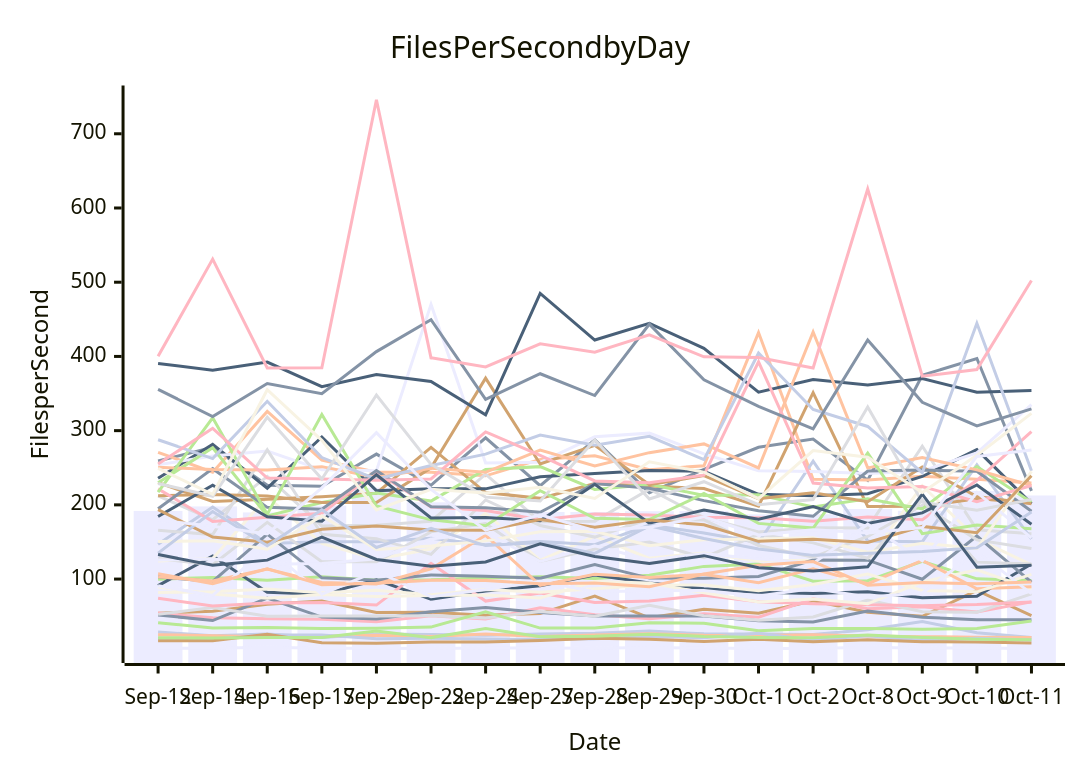
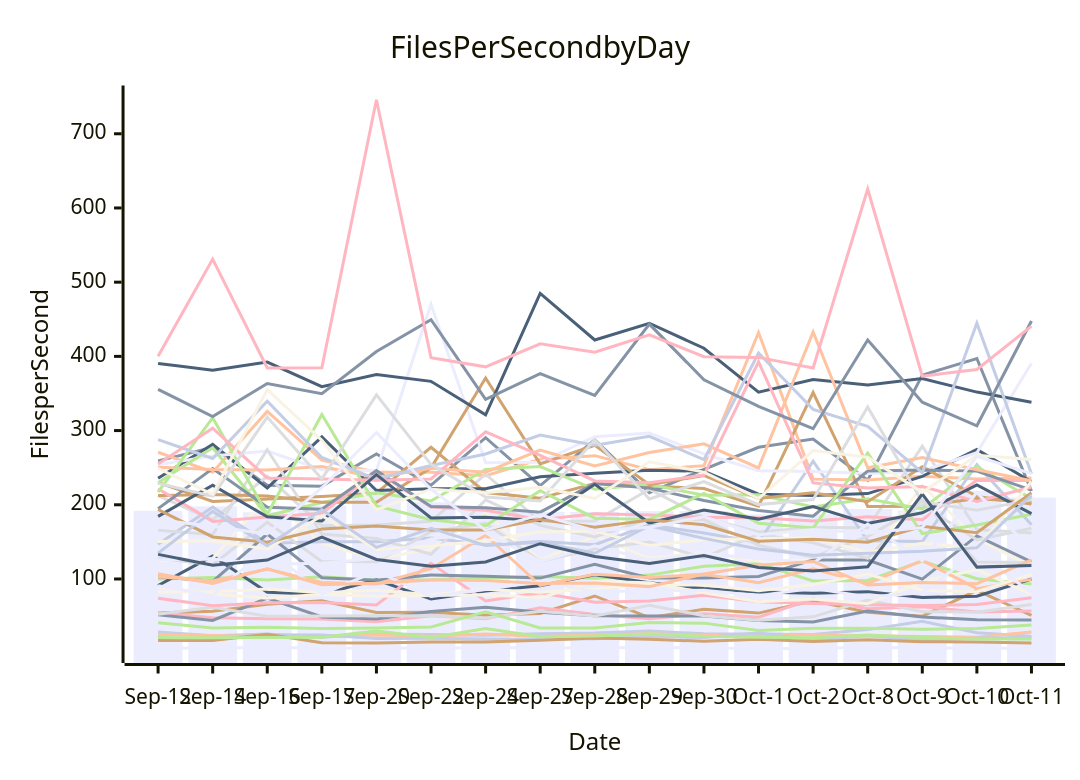
Before and after one commit to streetsidesoftware/cspell: the diagram in perf-report.md, drawn with Mermaid. The commit also changed other lines of this file and 2 other files, not shown here.

````diff
--- a/perf-report.md
+++ b/perf-report.md
@@ -11,57 +11,57 @@
 ```mermaid
 xychart-beta
     title Files Per Second by Day
     y-axis Files per Second
     x-axis Date [Sep-12, Sep-14, Sep-16, Sep-17, Sep-20, Sep-22, Sep-24, Sep-27, Sep-28, Sep-29, Sep-30, Oct-1, Oct-2, Oct-8, Oct-9, Oct-10, Oct-11]
-    bar [191.83, 197.87, 189.83, 198.93, 223.14, 203.41, 191.85, 190.34, 190.33, 191.42, 191.65, 187.17, 187.29, 194.39, 192.05, 218.83, 212.65]
-    line [259.14, 277.45, 226.45, 225.10, 268.40, 226.40, 290.41, 225.84, 287.60, 216.33, 247.70, 277.53, 288.63, 233.16, 374.71, 397.16, 218.82]
-    line [270.83, 243.92, 325.88, 260.22, 243.99, 243.96, 239.11, 261.23, 266.19, 247.38, 252.69, 432.16, 234.56, 233.40, 238.56, 234.64, 229.56]
-    line [212.19, 179.89, 238.35, 171.61, 172.61, 177.91, 241.32, 177.39, 178.05, 221.01, 182.74, 163.48, 169.32, 168.97, 278.92, 166.54, 161.08]
-    line [99.90, 101.98, 98.46, 103.01, 98.38, 99.03, 101.47, 103.27, 100.93, 105.22, 117.10, 120.39, 97.23, 97.90, 123.96, 100.36, 98.09]
-    line [54.08, 56.65, 66.08, 70.58, 54.86, 55.17, 51.26, 53.54, 77.09, 47.84, 59.17, 54.01, 70.63, 55.18, 49.90, 84.72, 50.66]
-    line [28.54, 23.63, 25.87, 21.39, 25.97, 25.29, 24.28, 26.03, 27.14, 29.89, 26.22, 25.83, 25.33, 31.76, 42.94, 27.61, 21.34]
-    line [54.31, 47.78, 46.42, 45.99, 42.51, 50.42, 46.36, 61.34, 51.99, 46.51, 53.11, 48.59, 73.40, 59.94, 62.62, 55.56, 69.31]
-    line [91.26, 130.94, 82.16, 79.40, 98.84, 72.96, 83.85, 90.86, 105.55, 94.80, 87.05, 82.35, 80.71, 82.95, 74.90, 76.80, 120.41]
-    line [124.19, 127.77, 210.87, 148.03, 126.65, 140.55, 188.49, 125.20, 157.87, 127.91, 135.21, 124.24, 125.20, 125.79, 225.70, 154.24, 119.18]
-    line [6.93, 6.69, 7.98, 6.67, 6.83, 6.48, 7.18, 7.27, 6.94, 7.83, 6.98, 6.40, 6.43, 8.18, 6.76, 7.44, 6.12]
-    line [51.70, 44.11, 74.38, 48.80, 46.22, 56.03, 61.86, 55.07, 50.38, 50.26, 50.11, 43.90, 42.10, 56.81, 48.66, 45.19, 45.26]
-    line [25.15, 23.74, 22.20, 23.03, 24.38, 22.79, 25.90, 22.55, 24.52, 26.32, 24.36, 24.04, 25.09, 23.35, 22.45, 21.51, 21.22]
-    line [52.43, 61.82, 49.92, 50.20, 50.36, 50.54, 47.43, 56.40, 49.96, 64.67, 50.46, 44.40, 48.96, 71.61, 56.00, 55.29, 80.14]
-    line [41.14, 33.93, 34.79, 33.36, 33.83, 35.26, 55.80, 33.99, 34.03, 41.23, 40.49, 30.44, 33.53, 33.57, 32.29, 33.27, 43.56]
-    line [230.07, 204.55, 207.72, 211.00, 215.66, 277.45, 216.60, 208.75, 228.82, 225.46, 221.92, 198.17, 351.24, 197.76, 198.13, 208.30, 202.88]
-    line [146.78, 197.07, 148.01, 150.26, 150.22, 155.16, 146.16, 150.57, 146.25, 172.87, 161.95, 149.25, 258.77, 151.43, 150.43, 254.02, 154.30]
-    line [74.08, 63.80, 67.85, 68.28, 64.95, 121.18, 70.33, 81.37, 68.55, 70.46, 78.07, 69.43, 66.84, 65.37, 64.09, 65.74, 69.24]
-    line [235.76, 281.57, 222.43, 291.44, 219.17, 221.75, 221.55, 237.73, 242.39, 246.40, 245.33, 214.25, 212.38, 215.08, 238.25, 274.47, 201.60]
-    line [89.26, 79.87, 74.03, 79.32, 76.57, 77.71, 78.68, 74.59, 96.62, 94.86, 81.46, 69.18, 73.06, 66.65, 96.25, 112.51, 86.86]
-    line [253.99, 265.83, 272.53, 247.23, 246.03, 470.19, 256.56, 257.27, 291.74, 296.65, 268.66, 245.94, 244.92, 242.23, 245.65, 270.12, 334.94]
-    line [103.06, 96.78, 160.57, 101.71, 98.32, 105.51, 103.82, 101.18, 119.72, 101.30, 101.24, 103.40, 125.70, 125.48, 99.76, 158.05, 95.77]
-    line [102.97, 97.36, 113.44, 95.42, 93.37, 113.84, 158.94, 91.50, 106.48, 102.03, 106.46, 94.98, 113.77, 93.63, 125.18, 87.00, 89.73]
-    line [165.68, 159.91, 274.11, 160.48, 154.49, 133.29, 206.55, 172.23, 156.59, 180.95, 179.76, 145.22, 129.53, 157.39, 199.58, 152.82, 141.23]
-    line [229.76, 276.88, 185.15, 203.08, 216.06, 205.09, 247.61, 251.50, 220.80, 227.59, 212.73, 213.55, 197.04, 208.25, 194.51, 251.63, 203.66]
-    line [212.41, 213.84, 211.89, 203.30, 203.26, 249.81, 370.77, 255.08, 280.21, 227.10, 239.56, 208.40, 216.14, 204.22, 251.15, 211.26, 201.52]
-    line [19.65, 18.79, 24.79, 24.63, 19.73, 20.13, 19.16, 18.74, 19.48, 22.38, 21.10, 27.10, 18.00, 23.58, 17.31, 20.37, 17.95]
-    line [221.56, 177.63, 183.43, 188.58, 244.43, 196.97, 192.51, 179.82, 187.80, 186.23, 183.20, 182.62, 177.99, 183.70, 179.89, 233.14, 298.75]
-    line [390.41, 381.43, 392.33, 359.21, 375.60, 366.33, 321.23, 484.87, 422.08, 444.64, 410.96, 351.78, 368.84, 361.47, 370.09, 351.86, 353.94]
-    line [82.03, 82.90, 86.51, 81.41, 84.89, 78.73, 86.02, 82.17, 86.87, 92.07, 92.00, 84.24, 92.67, 106.68, 84.76, 82.82, 106.40]
-    line [90.96, 77.91, 142.49, 79.52, 110.64, 76.31, 85.79, 97.01, 82.92, 84.16, 84.72, 77.34, 87.34, 75.86, 81.29, 136.91, 80.37]
-    line [194.84, 248.77, 196.63, 194.10, 246.18, 197.54, 195.96, 190.07, 228.82, 222.46, 205.73, 192.21, 184.58, 245.51, 246.82, 245.36, 191.40]
-    line [250.64, 247.49, 246.97, 251.50, 236.84, 249.23, 243.91, 273.74, 252.33, 270.33, 282.14, 249.68, 432.83, 249.77, 263.65, 247.10, 226.08]
-    line [127.69, 119.42, 176.53, 123.45, 123.33, 163.66, 174.86, 123.76, 140.60, 149.87, 128.75, 160.37, 148.80, 127.97, 206.50, 122.84, 120.19]
-    line [217.04, 317.36, 187.32, 321.78, 198.42, 179.83, 171.82, 219.08, 181.95, 180.26, 215.27, 175.03, 168.70, 269.72, 161.18, 172.81, 167.89]
-    line [17.01, 17.04, 25.59, 14.10, 13.68, 15.06, 15.07, 17.30, 20.40, 18.84, 16.01, 18.80, 15.62, 18.14, 15.49, 15.23, 13.94]
-    line [287.76, 262.40, 339.51, 263.75, 234.66, 253.01, 268.39, 293.97, 280.40, 292.26, 260.88, 404.51, 328.53, 305.64, 243.36, 444.70, 246.04]
-    line [255.09, 303.17, 236.15, 234.71, 233.17, 234.84, 298.34, 266.72, 232.18, 229.70, 240.06, 392.72, 229.48, 222.78, 224.66, 204.36, 226.04]
-    line [184.39, 226.41, 183.84, 178.08, 240.62, 182.34, 183.11, 178.48, 227.71, 175.37, 193.07, 180.70, 197.68, 174.97, 189.16, 226.87, 173.89]
-    line [150.67, 151.50, 140.12, 185.15, 139.87, 144.59, 151.47, 163.76, 164.48, 145.07, 153.00, 154.07, 155.61, 136.07, 148.26, 141.19, 245.22]
-    line [125.66, 126.89, 119.89, 121.04, 127.46, 154.00, 162.49, 123.69, 144.71, 125.72, 134.25, 127.46, 121.17, 173.95, 124.58, 216.72, 155.57]
-    line [355.63, 318.90, 363.44, 349.72, 406.48, 449.44, 342.12, 376.67, 347.31, 443.48, 368.45, 332.70, 302.48, 422.03, 338.21, 306.48, 329.35]
-    line [107.06, 93.89, 113.70, 92.25, 94.28, 98.57, 98.01, 93.82, 94.62, 89.71, 106.79, 118.50, 123.61, 91.76, 95.32, 93.61, 96.22]
-    line [228.82, 211.67, 318.15, 234.86, 348.02, 254.54, 210.42, 205.10, 287.53, 207.85, 231.21, 200.22, 207.10, 331.74, 203.63, 192.81, 207.12]
-    line [21.07, 20.76, 21.20, 21.42, 29.89, 21.10, 33.29, 22.21, 22.99, 25.81, 22.79, 21.40, 20.78, 24.57, 21.27, 19.07, 18.08]
-    line [193.68, 156.67, 149.67, 167.24, 171.44, 166.11, 165.94, 180.17, 169.69, 179.61, 173.13, 150.88, 153.50, 149.45, 170.98, 162.38, 239.19]
-    line [134.89, 191.12, 144.91, 193.30, 142.56, 168.42, 145.10, 149.37, 134.63, 171.73, 154.69, 140.49, 131.94, 134.65, 137.28, 142.04, 190.24]
-    line [400.11, 531.12, 384.37, 384.60, 745.85, 398.12, 385.90, 416.89, 405.74, 428.96, 399.50, 398.65, 384.43, 625.58, 373.38, 382.28, 502.40]
-    line [133.12, 118.61, 125.51, 156.41, 126.36, 117.29, 122.97, 147.55, 130.31, 120.84, 131.56, 115.38, 110.82, 116.53, 214.42, 116.00, 118.57]
-    line [249.06, 214.17, 355.08, 286.90, 193.09, 220.97, 216.09, 223.67, 208.59, 258.02, 244.00, 208.42, 273.15, 264.14, 216.71, 266.75, 323.26]
-    line [179.54, 171.09, 160.76, 222.99, 297.37, 220.86, 165.88, 186.63, 165.05, 169.83, 183.91, 159.55, 166.58, 162.12, 169.35, 265.31, 273.99]
+    bar [191.83, 197.87, 189.83, 198.93, 223.14, 203.41, 191.85, 190.34, 190.33, 191.42, 191.65, 187.17, 187.29, 194.39, 192.05, 218.83, 209.71]
+    line [259.14, 277.45, 226.45, 225.10, 268.40, 226.40, 290.41, 225.84, 287.60, 216.33, 247.70, 277.53, 288.63, 233.16, 374.71, 397.16, 218.50]
+    line [270.83, 243.92, 325.88, 260.22, 243.99, 243.96, 239.11, 261.23, 266.19, 247.38, 252.69, 432.16, 234.56, 233.40, 238.56, 234.64, 236.19]
+    line [212.19, 179.89, 238.35, 171.61, 172.61, 177.91, 241.32, 177.39, 178.05, 221.01, 182.74, 163.48, 169.32, 168.97, 278.92, 166.54, 161.98]
+    line [99.90, 101.98, 98.46, 103.01, 98.38, 99.03, 101.47, 103.27, 100.93, 105.22, 117.10, 120.39, 97.23, 97.90, 123.96, 100.36, 93.28]
+    line [54.08, 56.65, 66.08, 70.58, 54.86, 55.17, 51.26, 53.54, 77.09, 47.84, 59.17, 54.01, 70.63, 55.18, 49.90, 84.72, 51.00]
+    line [28.54, 23.63, 25.87, 21.39, 25.97, 25.29, 24.28, 26.03, 27.14, 29.89, 26.22, 25.83, 25.33, 31.76, 42.94, 27.61, 22.77]
+    line [54.31, 47.78, 46.42, 45.99, 42.51, 50.42, 46.36, 61.34, 51.99, 46.51, 53.11, 48.59, 73.40, 59.94, 62.62, 55.56, 56.97]
+    line [91.26, 130.94, 82.16, 79.40, 98.84, 72.96, 83.85, 90.86, 105.55, 94.80, 87.05, 82.35, 80.71, 82.95, 74.90, 76.80, 99.98]
+    line [124.19, 127.77, 210.87, 148.03, 126.65, 140.55, 188.49, 125.20, 157.87, 127.91, 135.21, 124.24, 125.20, 125.79, 225.70, 154.24, 116.86]
+    line [6.93, 6.69, 7.98, 6.67, 6.83, 6.48, 7.18, 7.27, 6.94, 7.83, 6.98, 6.40, 6.43, 8.18, 6.76, 7.44, 5.97]
+    line [51.70, 44.11, 74.38, 48.80, 46.22, 56.03, 61.86, 55.07, 50.38, 50.26, 50.11, 43.90, 42.10, 56.81, 48.66, 45.19, 44.75]
+    line [25.15, 23.74, 22.20, 23.03, 24.38, 22.79, 25.90, 22.55, 24.52, 26.32, 24.36, 24.04, 25.09, 23.35, 22.45, 21.51, 28.49]
+    line [52.43, 61.82, 49.92, 50.20, 50.36, 50.54, 47.43, 56.40, 49.96, 64.67, 50.46, 44.40, 48.96, 71.61, 56.00, 55.29, 65.67]
+    line [41.14, 33.93, 34.79, 33.36, 33.83, 35.26, 55.80, 33.99, 34.03, 41.23, 40.49, 30.44, 33.53, 33.57, 32.29, 33.27, 37.92]
+    line [230.07, 204.55, 207.72, 211.00, 215.66, 277.45, 216.60, 208.75, 228.82, 225.46, 221.92, 198.17, 351.24, 197.76, 198.13, 208.30, 202.97]
+    line [146.78, 197.07, 148.01, 150.26, 150.22, 155.16, 146.16, 150.57, 146.25, 172.87, 161.95, 149.25, 258.77, 151.43, 150.43, 254.02, 173.14]
+    line [74.08, 63.80, 67.85, 68.28, 64.95, 121.18, 70.33, 81.37, 68.55, 70.46, 78.07, 69.43, 66.84, 65.37, 64.09, 65.74, 74.59]
+    line [235.76, 281.57, 222.43, 291.44, 219.17, 221.75, 221.55, 237.73, 242.39, 246.40, 245.33, 214.25, 212.38, 215.08, 238.25, 274.47, 231.09]
+    line [89.26, 79.87, 74.03, 79.32, 76.57, 77.71, 78.68, 74.59, 96.62, 94.86, 81.46, 69.18, 73.06, 66.65, 96.25, 112.51, 79.27]
+    line [253.99, 265.83, 272.53, 247.23, 246.03, 470.19, 256.56, 257.27, 291.74, 296.65, 268.66, 245.94, 244.92, 242.23, 245.65, 270.12, 390.73]
+    line [103.06, 96.78, 160.57, 101.71, 98.32, 105.51, 103.82, 101.18, 119.72, 101.30, 101.24, 103.40, 125.70, 125.48, 99.76, 158.05, 123.12]
+    line [102.97, 97.36, 113.44, 95.42, 93.37, 113.84, 158.94, 91.50, 106.48, 102.03, 106.46, 94.98, 113.77, 93.63, 125.18, 87.00, 99.48]
+    line [165.68, 159.91, 274.11, 160.48, 154.49, 133.29, 206.55, 172.23, 156.59, 180.95, 179.76, 145.22, 129.53, 157.39, 199.58, 152.82, 168.47]
+    line [229.76, 276.88, 185.15, 203.08, 216.06, 205.09, 247.61, 251.50, 220.80, 227.59, 212.73, 213.55, 197.04, 208.25, 194.51, 251.63, 208.07]
+    line [212.41, 213.84, 211.89, 203.30, 203.26, 249.81, 370.77, 255.08, 280.21, 227.10, 239.56, 208.40, 216.14, 204.22, 251.15, 211.26, 201.19]
+    line [19.65, 18.79, 24.79, 24.63, 19.73, 20.13, 19.16, 18.74, 19.48, 22.38, 21.10, 27.10, 18.00, 23.58, 17.31, 20.37, 21.30]
+    line [221.56, 177.63, 183.43, 188.58, 244.43, 196.97, 192.51, 179.82, 187.80, 186.23, 183.20, 182.62, 177.99, 183.70, 179.89, 233.14, 232.63]
+    line [390.41, 381.43, 392.33, 359.21, 375.60, 366.33, 321.23, 484.87, 422.08, 444.64, 410.96, 351.78, 368.84, 361.47, 370.09, 351.86, 338.20]
+    line [82.03, 82.90, 86.51, 81.41, 84.89, 78.73, 86.02, 82.17, 86.87, 92.07, 92.00, 84.24, 92.67, 106.68, 84.76, 82.82, 106.35]
+    line [90.96, 77.91, 142.49, 79.52, 110.64, 76.31, 85.79, 97.01, 82.92, 84.16, 84.72, 77.34, 87.34, 75.86, 81.29, 136.91, 81.18]
+    line [194.84, 248.77, 196.63, 194.10, 246.18, 197.54, 195.96, 190.07, 228.82, 222.46, 205.73, 192.21, 184.58, 245.51, 246.82, 245.36, 219.72]
+    line [250.64, 247.49, 246.97, 251.50, 236.84, 249.23, 243.91, 273.74, 252.33, 270.33, 282.14, 249.68, 432.83, 249.77, 263.65, 247.10, 232.27]
+    line [127.69, 119.42, 176.53, 123.45, 123.33, 163.66, 174.86, 123.76, 140.60, 149.87, 128.75, 160.37, 148.80, 127.97, 206.50, 122.84, 122.28]
+    line [217.04, 317.36, 187.32, 321.78, 198.42, 179.83, 171.82, 219.08, 181.95, 180.26, 215.27, 175.03, 168.70, 269.72, 161.18, 172.81, 187.34]
+    line [17.01, 17.04, 25.59, 14.10, 13.68, 15.06, 15.07, 17.30, 20.40, 18.84, 16.01, 18.80, 15.62, 18.14, 15.49, 15.23, 13.87]
+    line [287.76, 262.40, 339.51, 263.75, 234.66, 253.01, 268.39, 293.97, 280.40, 292.26, 260.88, 404.51, 328.53, 305.64, 243.36, 444.70, 241.89]
+    line [255.09, 303.17, 236.15, 234.71, 233.17, 234.84, 298.34, 266.72, 232.18, 229.70, 240.06, 392.72, 229.48, 222.78, 224.66, 204.36, 223.92]
+    line [184.39, 226.41, 183.84, 178.08, 240.62, 182.34, 183.11, 178.48, 227.71, 175.37, 193.07, 180.70, 197.68, 174.97, 189.16, 226.87, 187.99]
+    line [150.67, 151.50, 140.12, 185.15, 139.87, 144.59, 151.47, 163.76, 164.48, 145.07, 153.00, 154.07, 155.61, 136.07, 148.26, 141.19, 231.37]
+    line [125.66, 126.89, 119.89, 121.04, 127.46, 154.00, 162.49, 123.69, 144.71, 125.72, 134.25, 127.46, 121.17, 173.95, 124.58, 216.72, 138.78]
+    line [355.63, 318.90, 363.44, 349.72, 406.48, 449.44, 342.12, 376.67, 347.31, 443.48, 368.45, 332.70, 302.48, 422.03, 338.21, 306.48, 447.66]
+    line [107.06, 93.89, 113.70, 92.25, 94.28, 98.57, 98.01, 93.82, 94.62, 89.71, 106.79, 118.50, 123.61, 91.76, 95.32, 93.61, 125.79]
+    line [228.82, 211.67, 318.15, 234.86, 348.02, 254.54, 210.42, 205.10, 287.53, 207.85, 231.21, 200.22, 207.10, 331.74, 203.63, 192.81, 206.61]
+    line [21.07, 20.76, 21.20, 21.42, 29.89, 21.10, 33.29, 22.21, 22.99, 25.81, 22.79, 21.40, 20.78, 24.57, 21.27, 19.07, 18.96]
+    line [193.68, 156.67, 149.67, 167.24, 171.44, 166.11, 165.94, 180.17, 169.69, 179.61, 173.13, 150.88, 153.50, 149.45, 170.98, 162.38, 216.17]
+    line [134.89, 191.12, 144.91, 193.30, 142.56, 168.42, 145.10, 149.37, 134.63, 171.73, 154.69, 140.49, 131.94, 134.65, 137.28, 142.04, 213.10]
+    line [400.11, 531.12, 384.37, 384.60, 745.85, 398.12, 385.90, 416.89, 405.74, 428.96, 399.50, 398.65, 384.43, 625.58, 373.38, 382.28, 440.81]
+    line [133.12, 118.61, 125.51, 156.41, 126.36, 117.29, 122.97, 147.55, 130.31, 120.84, 131.56, 115.38, 110.82, 116.53, 214.42, 116.00, 118.22]
+    line [249.06, 214.17, 355.08, 286.90, 193.09, 220.97, 216.09, 223.67, 208.59, 258.02, 244.00, 208.42, 273.15, 264.14, 216.71, 266.75, 260.90]
+    line [179.54, 171.09, 160.76, 222.99, 297.37, 220.86, 165.88, 186.63, 165.05, 169.83, 183.91, 159.55, 166.58, 162.12, 169.35, 265.31, 241.94]
 ```
````
